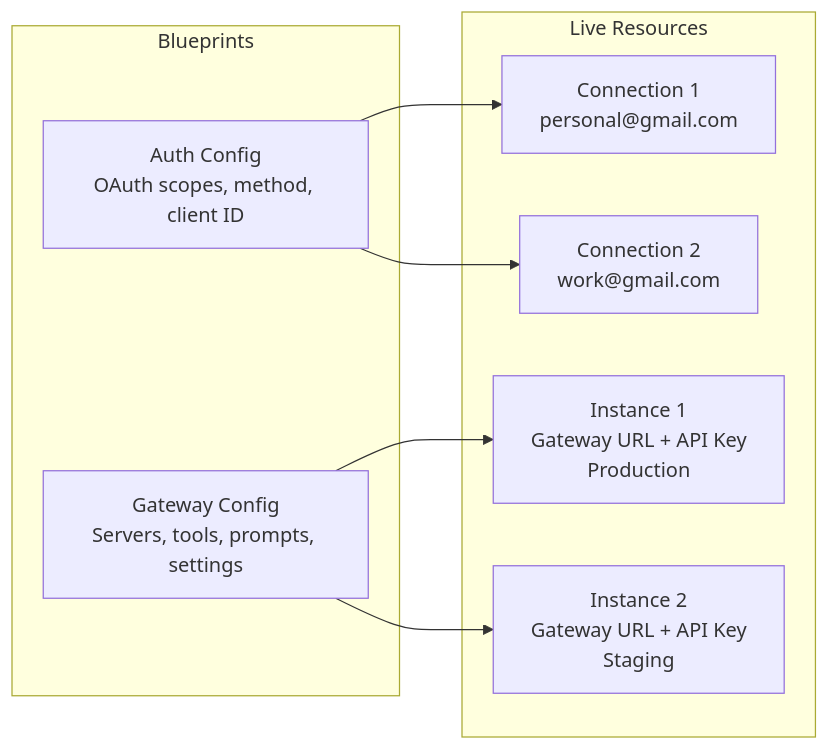
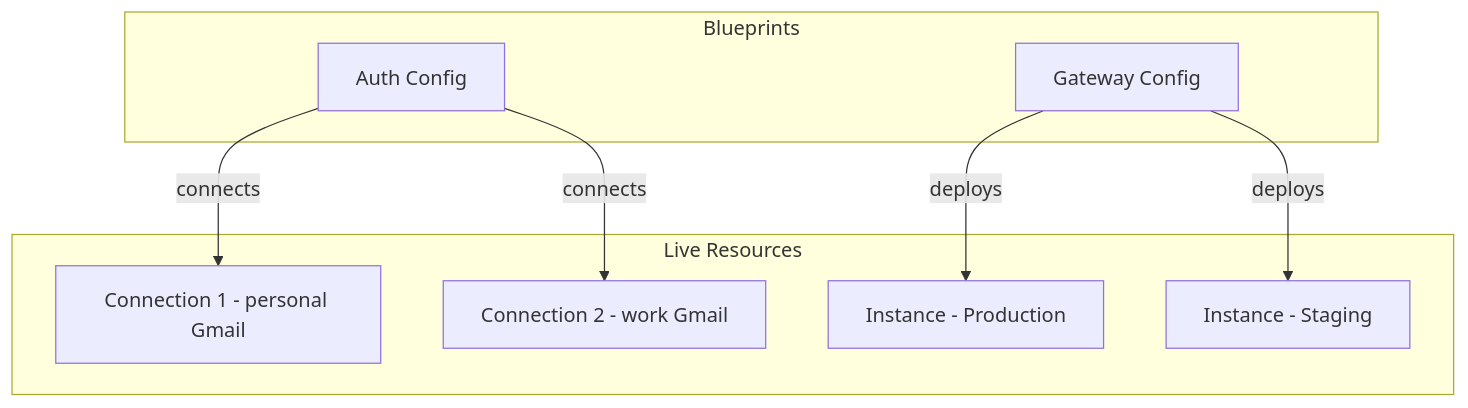
One commit to SynqedAI/docs changed the second of 4 diagrams in How-Synqed-MCP-Gateway-Works.mdx. Above: the diagram before and after it, drawn with Mermaid.

Commit message:
Improve clarity of Gateway config and instance model diagram
Mintlify-Source: dashboard-editor

````diff
--- a/How-Synqed-MCP-Gateway-Works.mdx
+++ b/How-Synqed-MCP-Gateway-Works.mdx
@@ -73,19 +73,19 @@
 ```mermaid placement="bottom-right"
-flowchart LR
+flowchart TD
     subgraph Blueprints
-        AC[Auth Config<br/>OAuth scopes, method, client ID]
-        GC[Gateway Config<br/>Servers, tools, prompts, settings]
+        AC[Auth Config]
+        GC[Gateway Config]
     end
 
     subgraph Live Resources
-        C1[Connection 1<br/>personal@gmail.com]
-        C2[Connection 2<br/>work@gmail.com]
-        GI1[Instance 1<br/>Gateway URL + API Key<br/>Production]
-        GI2[Instance 2<br/>Gateway URL + API Key<br/>Staging]
+        C1[Connection 1 - personal Gmail]
+        C2[Connection 2 - work Gmail]
+        GI1[Instance - Production]
+        GI2[Instance - Staging]
     end
 
-    AC --> C1
-    AC --> C2
-    GC --> GI1
-    GC --> GI2
+    AC -->|connects| C1
+    AC -->|connects| C2
+    GC -->|deploys| GI1
+    GC -->|deploys| GI2
 ```
````
